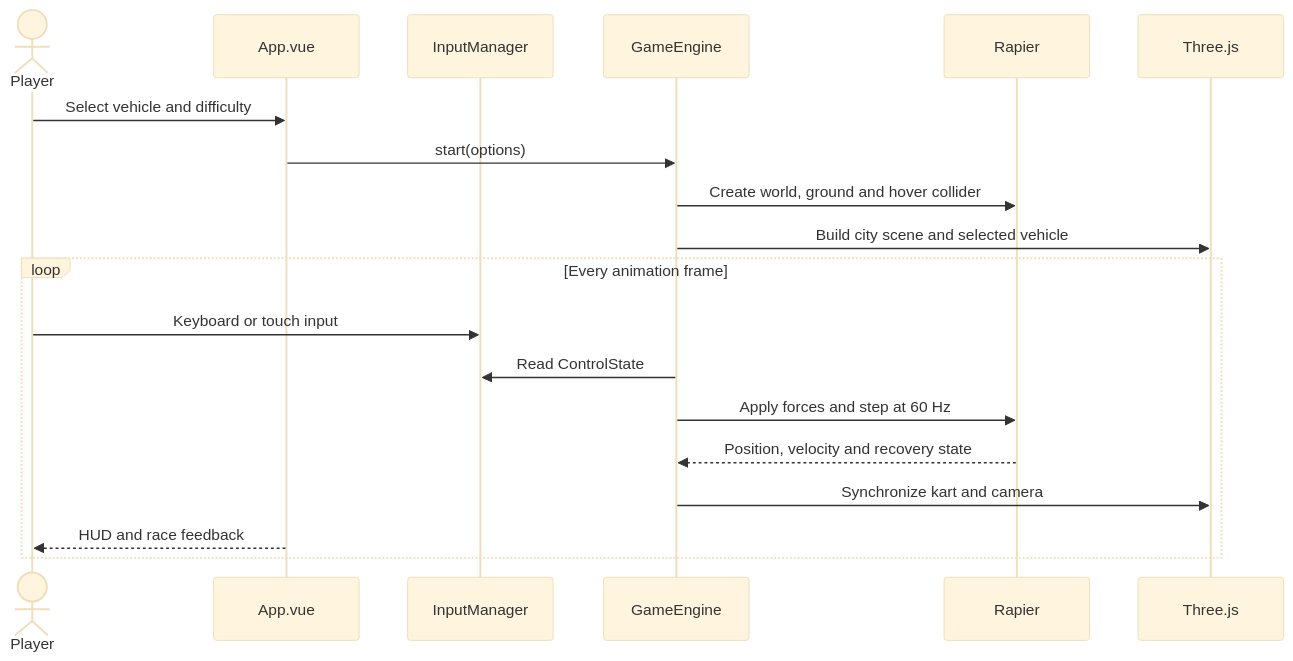
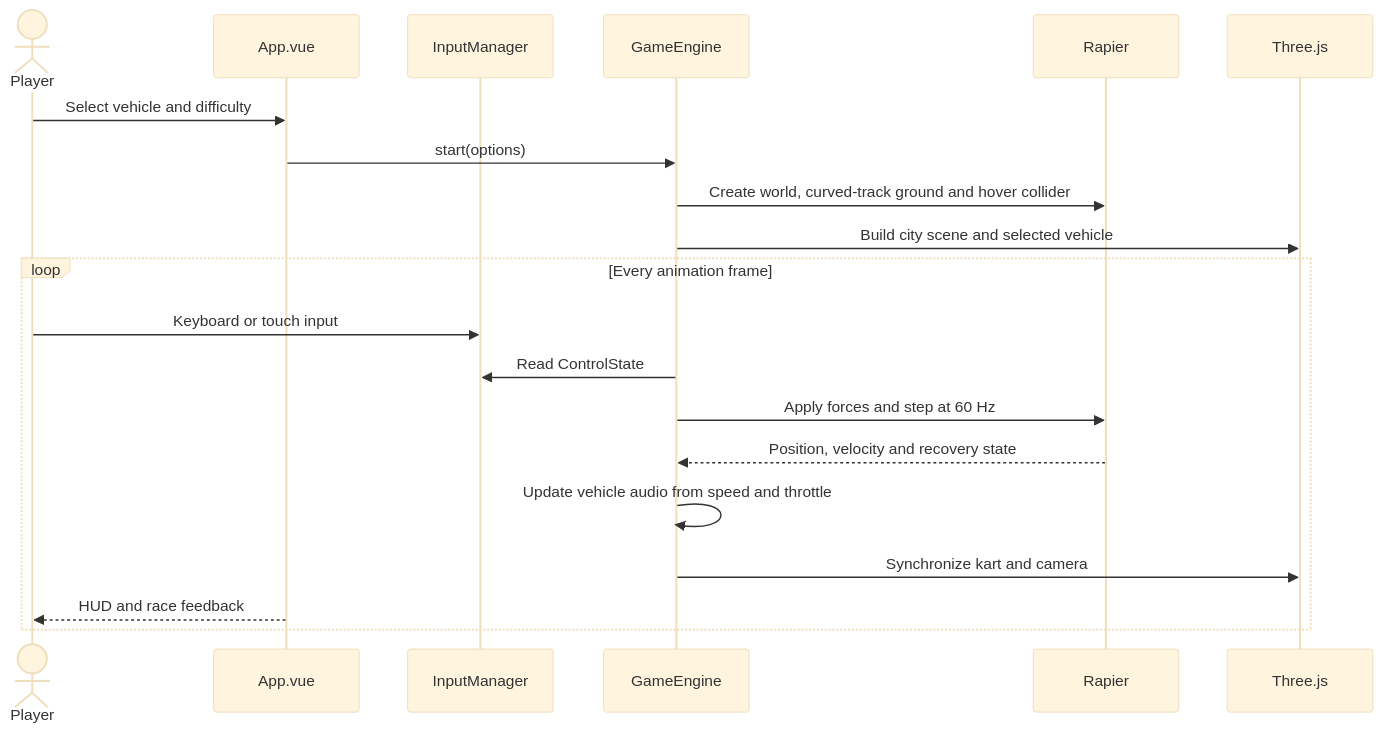
One commit to jakwong1981/hk_racing_car changed the third of 4 diagrams in README.md. Above: the diagram before and after it, drawn with Mermaid (base theme). The commit also changed other lines of this file and 23 other files, not shown here.

Commit message:
Enhance racing visuals physics and vehicle audio

````diff
--- a/README.md
+++ b/README.md
@@ -160,22 +185,23 @@
 ```mermaid
 %% README.md
 sequenceDiagram
   actor Player
   participant Vue as App.vue
   participant Input as InputManager
   participant Engine as GameEngine
   participant Physics as Rapier
   participant Render as Three.js
   Player->>Vue: Select vehicle and difficulty
   Vue->>Engine: start(options)
-  Engine->>Physics: Create world, ground and hover collider
+  Engine->>Physics: Create world, curved-track ground and hover collider
   Engine->>Render: Build city scene and selected vehicle
   loop Every animation frame
     Player->>Input: Keyboard or touch input
     Engine->>Input: Read ControlState
     Engine->>Physics: Apply forces and step at 60 Hz
     Physics-->>Engine: Position, velocity and recovery state
+    Engine->>Engine: Update vehicle audio from speed and throttle
     Engine->>Render: Synchronize kart and camera
     Vue-->>Player: HUD and race feedback
   end
 ```
````
